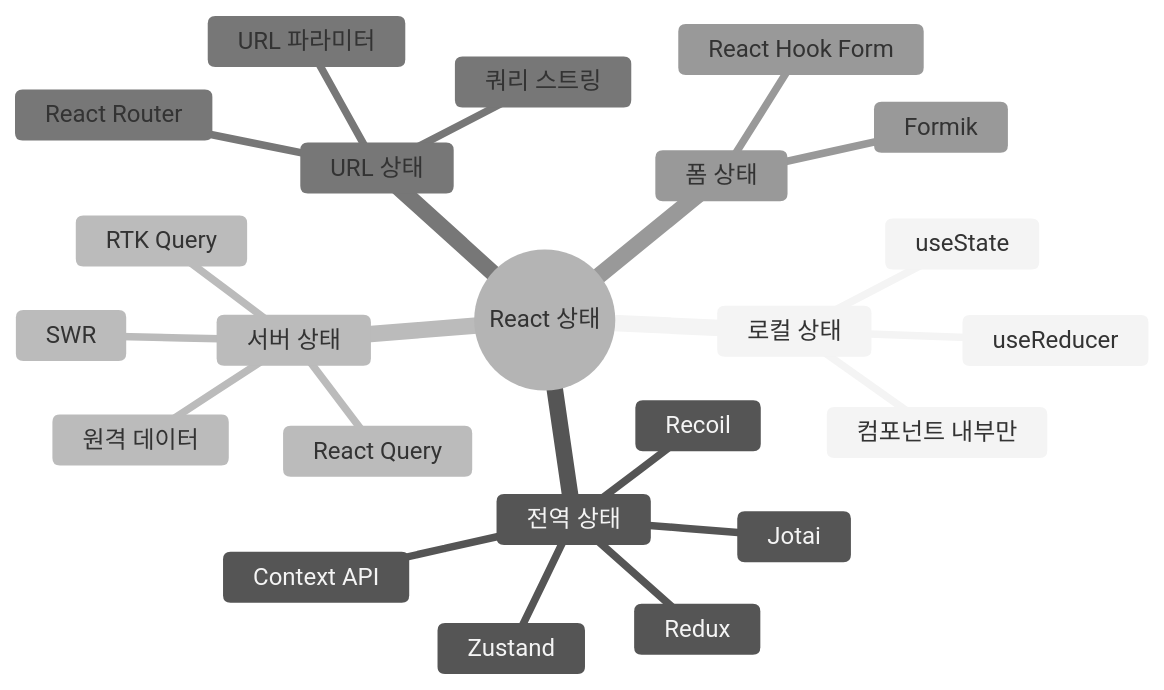
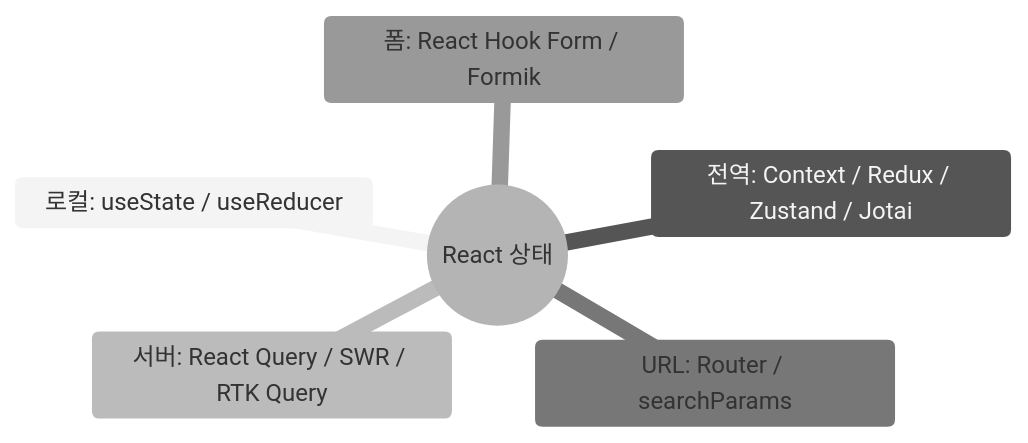
One commit to yjkim2015/yjkim2015.github.io changed the first of 5 diagrams in _posts/frontend/2026-05-02-react-state-management.md. Above: the diagram before and after it, drawn with Mermaid (neutral theme). The commit also changed other lines of this file and 215 other files, not shown here.

First line of the commit message:
신규 포스트 10개 추가 + Mermaid 전면 축소 + SystemDesign 시리즈 보강

````diff
--- a/_posts/frontend/2026-05-02-react-state-management.md
+++ b/_posts/frontend/2026-05-02-react-state-management.md
@@ -22,26 +22,9 @@
 ```mermaid
 mindmap
   root((React 상태))
-    로컬 상태
-      useState
-      useReducer
-      컴포넌트 내부만
-    전역 상태
-      Context API
-      Redux
-      Zustand
-      Recoil
-      Jotai
-    서버 상태
-      React Query
-      SWR
-      RTK Query
-      원격 데이터
-    URL 상태
-      React Router
-      URL 파라미터
-      쿼리 스트링
-    폼 상태
-      React Hook Form
-      Formik
+    로컬: useState / useReducer
+    전역: Context / Redux / Zustand / Jotai
+    서버: React Query / SWR / RTK Query
+    URL: Router / searchParams
+    폼: React Hook Form / Formik
 ```
````
